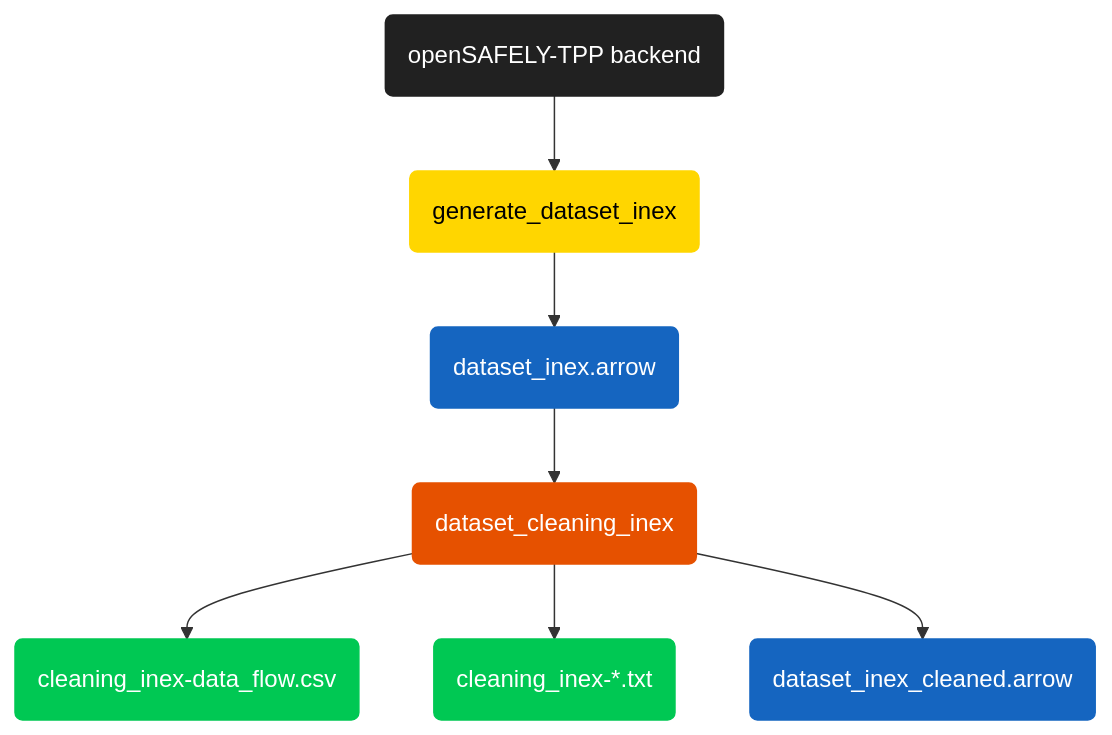
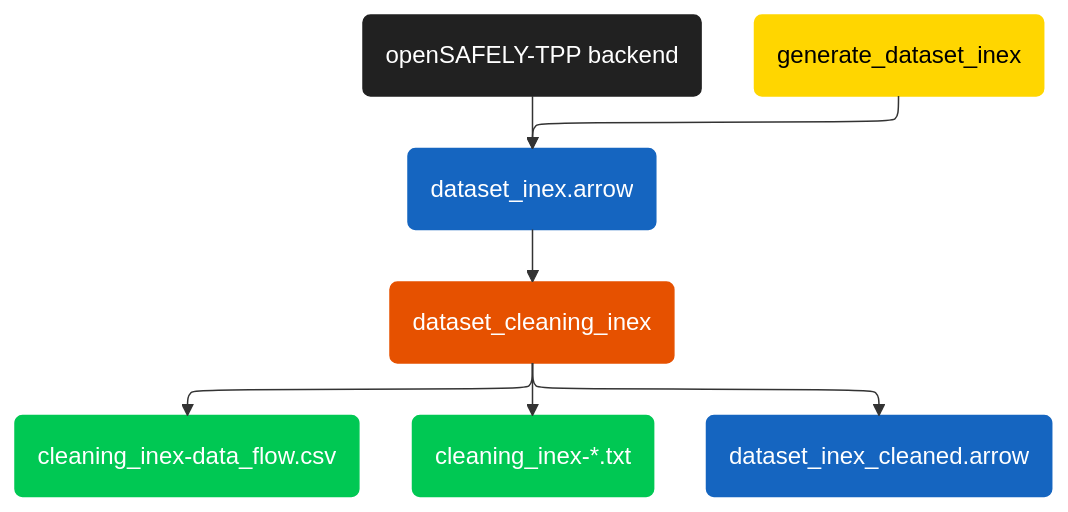
The diagram in project_pipeline.md (matt-letts/ckd-deprescribing), drawn with Mermaid before and after one commit. The commit also changed other lines of this file and 1 other file, not shown here.

Commit message:
pipeline_diagram

````diff
--- a/project_pipeline.md
+++ b/project_pipeline.md
@@ -6,23 +6,30 @@
 ```mermaid
 ---
 config:
-    look: default
-    theme: default
+  layout: elk
+  elk:
+    mergeEdges: true
+    nodePlacementStrategy: NETWORK_SIMPLEX
 ---
 flowchart TD
+    %% define nodes
     b("openSAFELY-TPP backend"):::openSAFELY
     a1("generate_dataset_inex"):::ehrql
     d1("dataset_inex.arrow"):::data
     a2("dataset_cleaning_inex"):::R
     o1("cleaning_inex-data_flow.csv"):::output
     o2("cleaning_inex-*.txt"):::output
     d2("dataset_inex_cleaned.arrow"):::data
+    
+    %% connect nodes
+    b --> d1
+    a1 --> d1
+    d1 --> a2 --> o1 & o2 & d2
 
-    b --> a1 --> d1 --> a2 --> o1 & o2 & d2
-
+    %% colour scheme
     classDef openSAFELY color:#FFFFFF, fill:#212121, stroke:#212121
     classDef ehrql color:#000000, fill:#FFD600, stroke:#FFD600
     classDef R color:#FFFFFF, fill:#E65100, stroke:#E65100
     classDef data color:#FFFFFF, fill:#1565C0, stroke:#1565C0
     classDef output color:#FFFFFF, fill:#00C853, stroke:#00C853
 ```
````
